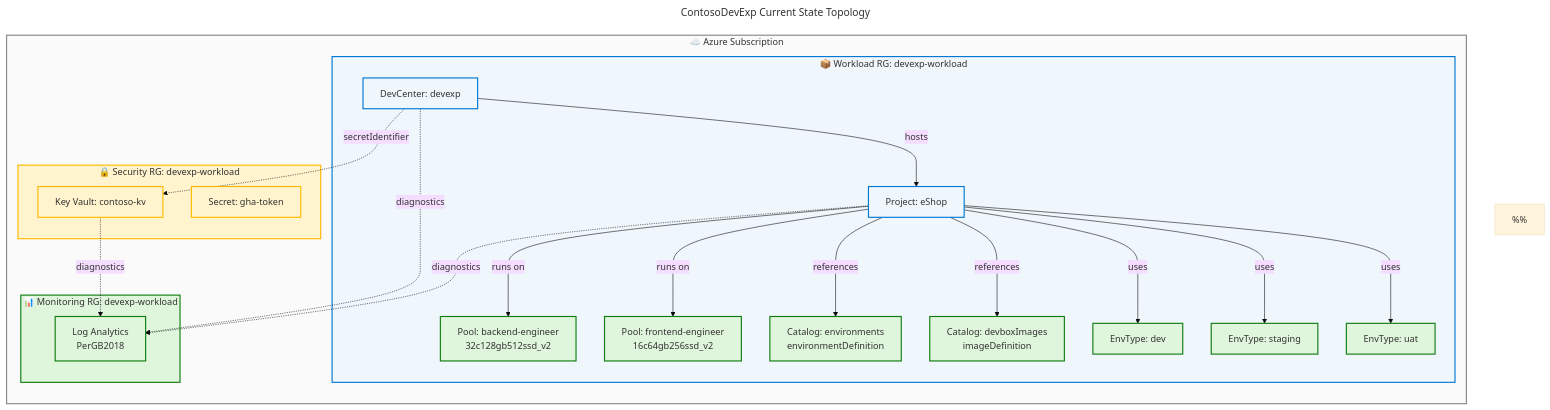
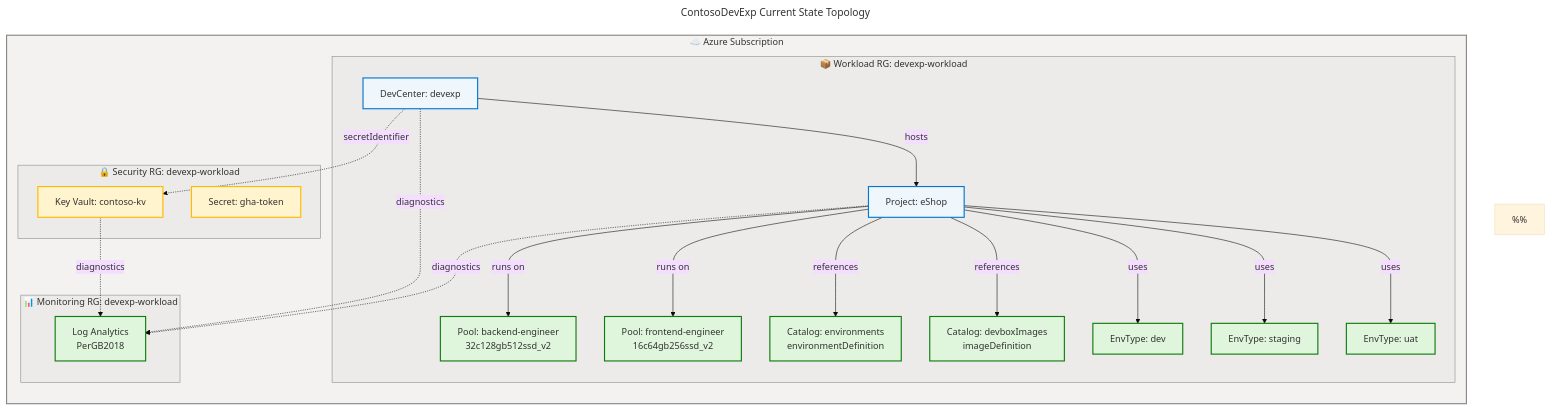
One commit to Evilazaro/DevExp-DevBox changed the second of 5 diagrams in docs/architecture/app-arch.md. Above: the diagram before and after it, drawn with Mermaid. The commit also changed other lines of this file and 3 other files, not shown here.

Commit message:
Refactor architecture documentation to enhance flowchart styles and enable HTML labels for improved visualization

````diff
--- a/docs/architecture/app-arch.md
+++ b/docs/architecture/app-arch.md
@@ -675,78 +677,73 @@
 ```mermaid
 ---
 title: "ContosoDevExp Current State Topology"
 config:
   theme: base
   look: classic
   layout: dagre
   themeVariables:
     fontSize: '16px'
   flowchart:
     htmlLabels: true
 ---
 flowchart TB
     accTitle: ContosoDevExp Current State Topology
     accDescr: Shows the current state deployment topology across Azure resource groups and services. Nodes: DC=core, PROJ=core, POOL1=success, POOL2=success, CAT1=success, CAT2=success, ET1=success, ET2=success, ET3=success, KV=warning, SEC=warning, LA=success. WCAG AA compliant.
     %%
     %% AZURE / FLUENT ARCHITECTURE PATTERN v2.0
     %% (Semantic + Structural + Font + Accessibility Governance)
     %%
     %% PHASE 1 - FLUENT UI: All styling uses approved Fluent UI palette only
     %% PHASE 2 - GROUPS: Every subgraph has semantic color via style directive
     %% PHASE 3 - COMPONENTS: Every node has semantic classDef + icon prefix
     %% PHASE 4 - ACCESSIBILITY: accTitle/accDescr present, WCAG AA contrast
     %% PHASE 5 - STANDARD: Governance block present, classDefs centralized
     %%
 
     subgraph sub ["☁️ Azure Subscription"]
         direction TB
         subgraph rg1 ["📦 Workload RG: devexp-workload"]
             DC[DevCenter: devexp]
             PROJ[Project: eShop]
             POOL1[Pool: backend-engineer\n32c128gb512ssd_v2]
             POOL2[Pool: frontend-engineer\n16c64gb256ssd_v2]
             CAT1[Catalog: environments\nenvironmentDefinition]
             CAT2[Catalog: devboxImages\nimageDefinition]
             ET1[EnvType: dev]
             ET2[EnvType: staging]
             ET3[EnvType: uat]
         end
         subgraph rg2 ["🔒 Security RG: devexp-workload"]
             KV[Key Vault: contoso-kv]
             SEC[Secret: gha-token]
         end
         subgraph rg3 ["📊 Monitoring RG: devexp-workload"]
             LA[Log Analytics\nPerGB2018]
         end
     end
 
     DC -->|hosts| PROJ
     PROJ -->|runs on| POOL1
     PROJ -->|runs on| POOL2
     PROJ -->|references| CAT1
     PROJ -->|references| CAT2
     PROJ -->|uses| ET1
     PROJ -->|uses| ET2
     PROJ -->|uses| ET3
     DC -.->|secretIdentifier| KV
     DC -.->|diagnostics| LA
     KV -.->|diagnostics| LA
     PROJ -.->|diagnostics| LA
 
     classDef core fill:#EFF6FC,stroke:#0078D4,stroke-width:2px,color:#323130
     classDef success fill:#DFF6DD,stroke:#107C10,stroke-width:2px,color:#323130
     classDef warning fill:#FFF4CE,stroke:#FFB900,stroke-width:2px,color:#323130
     classDef neutral fill:#FAFAFA,stroke:#8A8886,stroke-width:2px,color:#323130
     class DC,PROJ core
     class POOL1,POOL2,CAT1,CAT2,ET1,ET2,ET3,LA success
     class KV,SEC warning
-    style sub fill:#FAFAFA,stroke:#8A8886,stroke-width:2px,color:#323130
-    style rg1 fill:#EFF6FC,stroke:#0078D4,stroke-width:2px,color:#323130
-    style rg2 fill:#FFF4CE,stroke:#FFB900,stroke-width:2px,color:#323130
-    style rg3 fill:#DFF6DD,stroke:#107C10,stroke-width:2px,color:#323130
-    style DC fill:#EFF6FC,stroke:#0078D4,stroke-width:2px,color:#323130
-    style PROJ fill:#EFF6FC,stroke:#0078D4,stroke-width:2px,color:#323130
-    style LA fill:#DFF6DD,stroke:#107C10,stroke-width:2px,color:#323130
-    style KV fill:#FFF4CE,stroke:#FFB900,stroke-width:2px,color:#323130
-    style SEC fill:#FFF4CE,stroke:#FFB900,stroke-width:2px,color:#323130
+    style sub fill:#F3F2F1,stroke:#8A8886,stroke-width:2px,color:#323130
+    style rg1 fill:#EDEBE9,stroke:#8A8886,stroke-width:1px,color:#323130
+    style rg2 fill:#EDEBE9,stroke:#8A8886,stroke-width:1px,color:#323130
+    style rg3 fill:#EDEBE9,stroke:#8A8886,stroke-width:1px,color:#323130
 ```
````
